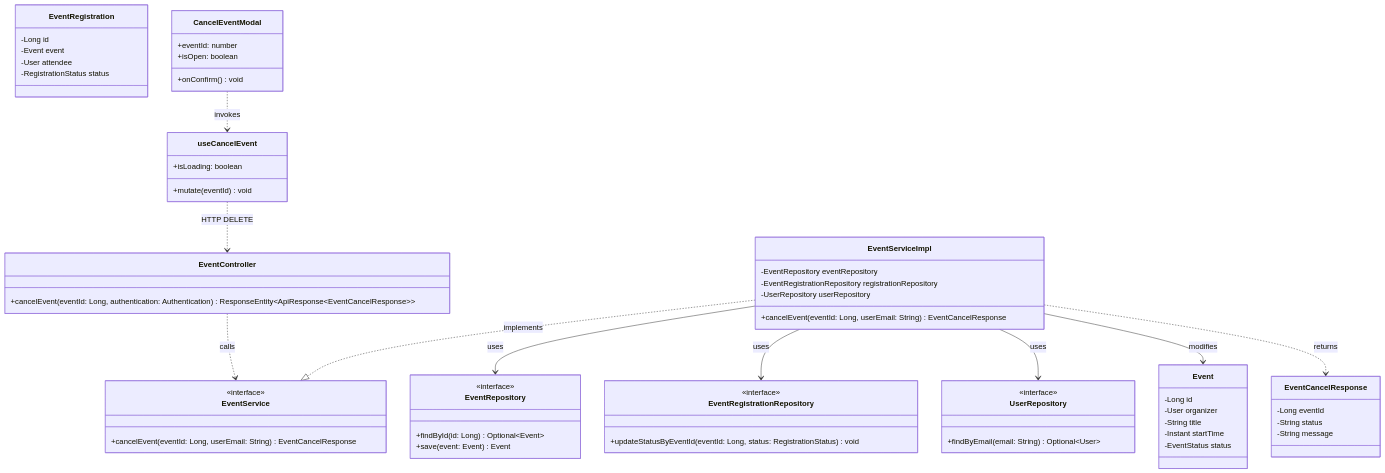
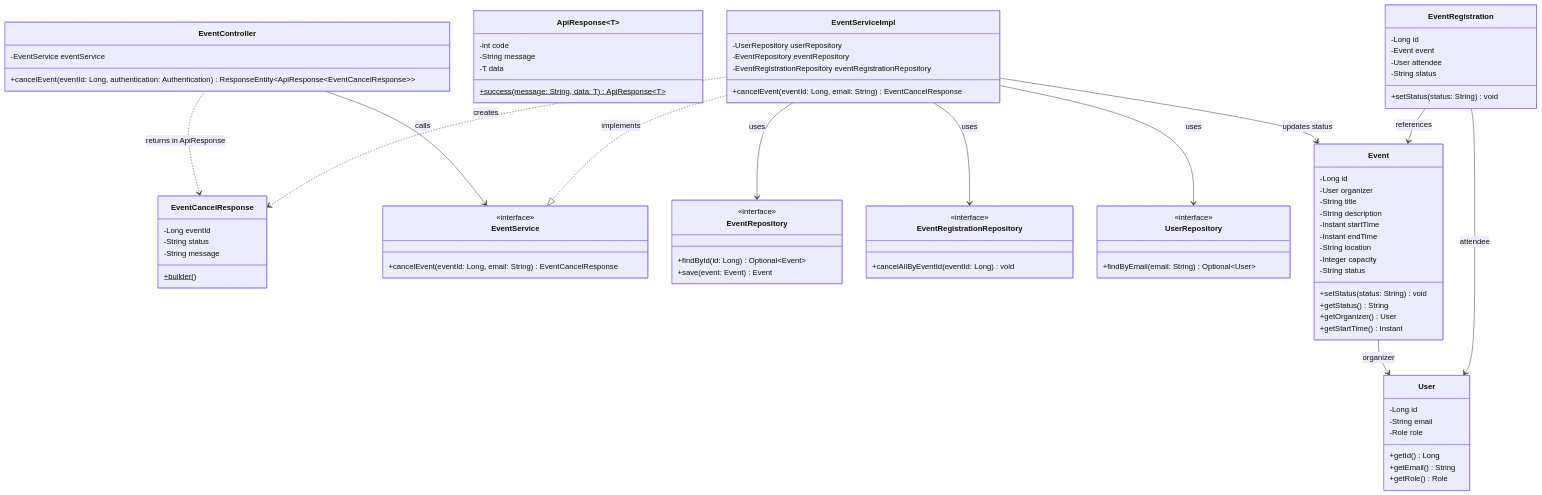
One commit to Alumnect/Alumnect changed the second of 3 diagrams in docs/update_SRS/SRS_UC_27_CancelEvent.md. Above: the diagram before and after it, drawn with Mermaid. The commit also changed other lines of this file and 1 other file, not shown here.

Commit message:
docs: standardize SRS for UC23 Delete Post and UC27 Cancel Event

````diff
--- a/docs/update_SRS/SRS_UC_27_CancelEvent.md
+++ b/docs/update_SRS/SRS_UC_27_CancelEvent.md
@@ -107,6 +218,7 @@
 classDiagram
     %% Controller Layer
     class EventController {
+        -EventService eventService
         +cancelEvent(eventId: Long, authentication: Authentication) ResponseEntity~ApiResponse~EventCancelResponse~~
     }
 
@@ -115,19 +227,27 @@
         -Long eventId
         -String status
         -String message
+        +builder()$
+    }
+
+    class ApiResponse~T~ {
+        -int code
+        -String message
+        -T data
+        +success(message: String, data: T)$ ApiResponse~T~
     }
 
     %% Service Layer
     class EventService {
         <<interface>>
-        +cancelEvent(eventId: Long, userEmail: String) EventCancelResponse
+        +cancelEvent(eventId: Long, email: String) EventCancelResponse
     }
 
     class EventServiceImpl {
+        -UserRepository userRepository
         -EventRepository eventRepository
-        -EventRegistrationRepository registrationRepository
-        -UserRepository userRepository
-        +cancelEvent(eventId: Long, userEmail: String) EventCancelResponse
+        -EventRegistrationRepository eventRegistrationRepository
+        +cancelEvent(eventId: Long, email: String) EventCancelResponse
     }
 
     %% Repository Layer
@@ -139,7 +259,7 @@
 
     class EventRegistrationRepository {
         <<interface>>
-        +updateStatusByEventId(eventId: Long, status: RegistrationStatus) void
+        +cancelAllByEventId(eventId: Long) void
     }
 
     class UserRepository {
@@ -147,41 +267,50 @@
         +findByEmail(email: String) Optional~User~
     }
 
-    %% Entities
+    %% Entity Layer
     class Event {
         -Long id
         -User organizer
         -String title
+        -String description
         -Instant startTime
-        -EventStatus status
+        -Instant endTime
+        -String location
+        -Integer capacity
+        -String status
+        +setStatus(status: String) void
+        +getStatus() String
+        +getOrganizer() User
+        +getStartTime() Instant
+    }
+
+    class User {
+        -Long id
+        -String email
+        -Role role
+        +getId() Long
+        +getEmail() String
+        +getRole() Role
     }
 
     class EventRegistration {
         -Long id
         -Event event
         -User attendee
-        -RegistrationStatus status
+        -String status
+        +setStatus(status: String) void
     }
 
-    %% Frontend Components & Hooks
-    class CancelEventModal {
-        +eventId: number
-        +isOpen: boolean
-        +onConfirm() void
-    }
-
-    class useCancelEvent {
-        +mutate(eventId) void
-        +isLoading: boolean
-    }
-
-    EventController ..> EventService : calls
+    %% Relationships
+    EventController --> EventService : calls
+    EventController ..> EventCancelResponse : returns in ApiResponse
     EventServiceImpl ..|> EventService : implements
+    EventServiceImpl --> UserRepository : uses
     EventServiceImpl --> EventRepository : uses
     EventServiceImpl --> EventRegistrationRepository : uses
-    EventServiceImpl --> UserRepository : uses
-    EventServiceImpl --> Event : modifies
-    EventServiceImpl ..> EventCancelResponse : returns
-    CancelEventModal ..> useCancelEvent : invokes
-    useCancelEvent ..> EventController : HTTP DELETE
+    EventServiceImpl --> Event : updates status
+    EventServiceImpl ..> EventCancelResponse : creates
+    Event --> User : organizer
+    EventRegistration --> Event : references
+    EventRegistration --> User : attendee
 ```
````
